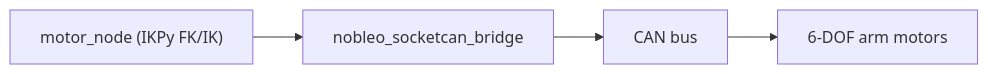
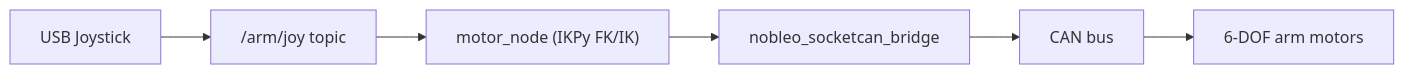
Before and after one commit to Ayaanullakhan/deakin_rover: the second of 6 diagrams in README.md, drawn with Mermaid.

Commit message:
including the topic in Robotic Arm architecture

````diff
--- a/README.md
+++ b/README.md
@@ -63,4 +63,4 @@
 ```mermaid
 flowchart LR
-    a1["motor_node (IKPy FK/IK)"] --> a2[nobleo_socketcan_bridge] --> a3[CAN bus] --> a4[6-DOF arm motors]
+    a1[USB Joystick] --> a2["/arm/joy topic"] --> a3["motor_node (IKPy FK/IK)"] --> a4[nobleo_socketcan_bridge] --> a5[CAN bus] --> a6[6-DOF arm motors]
 ```
````
